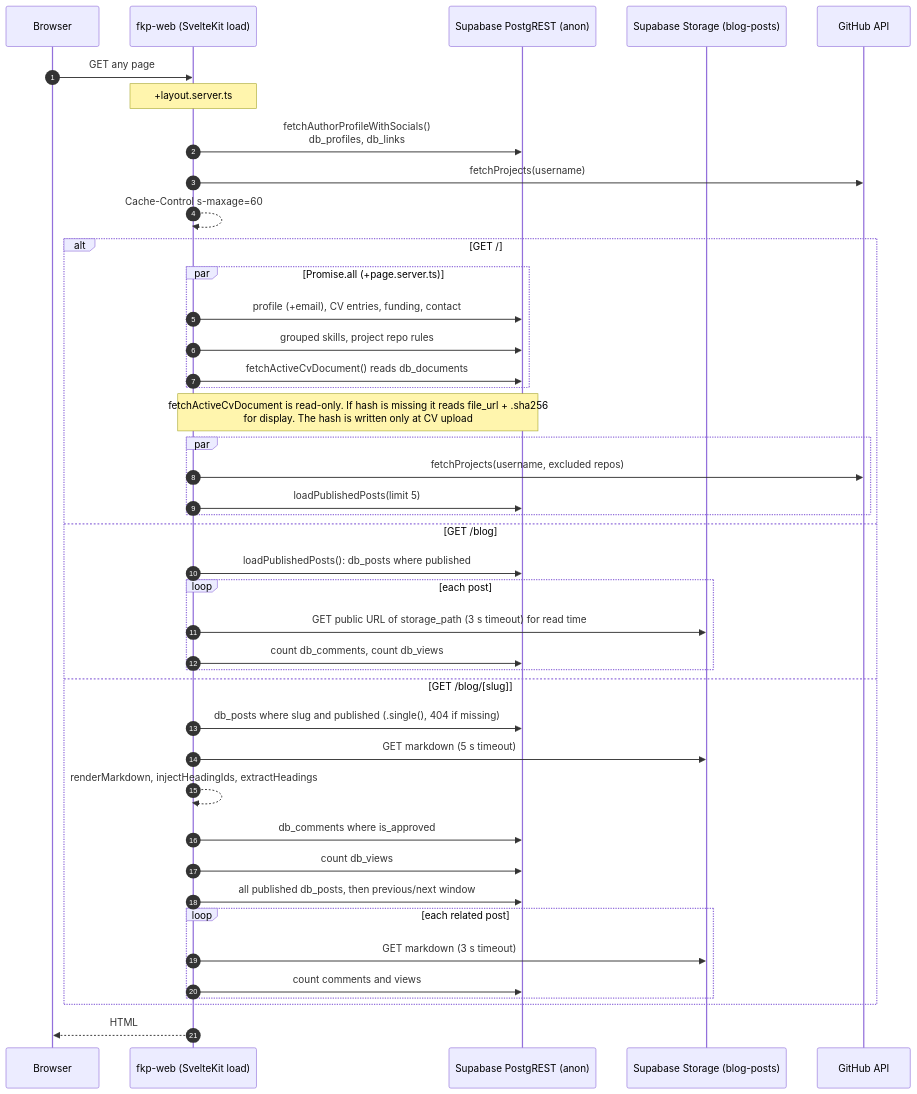
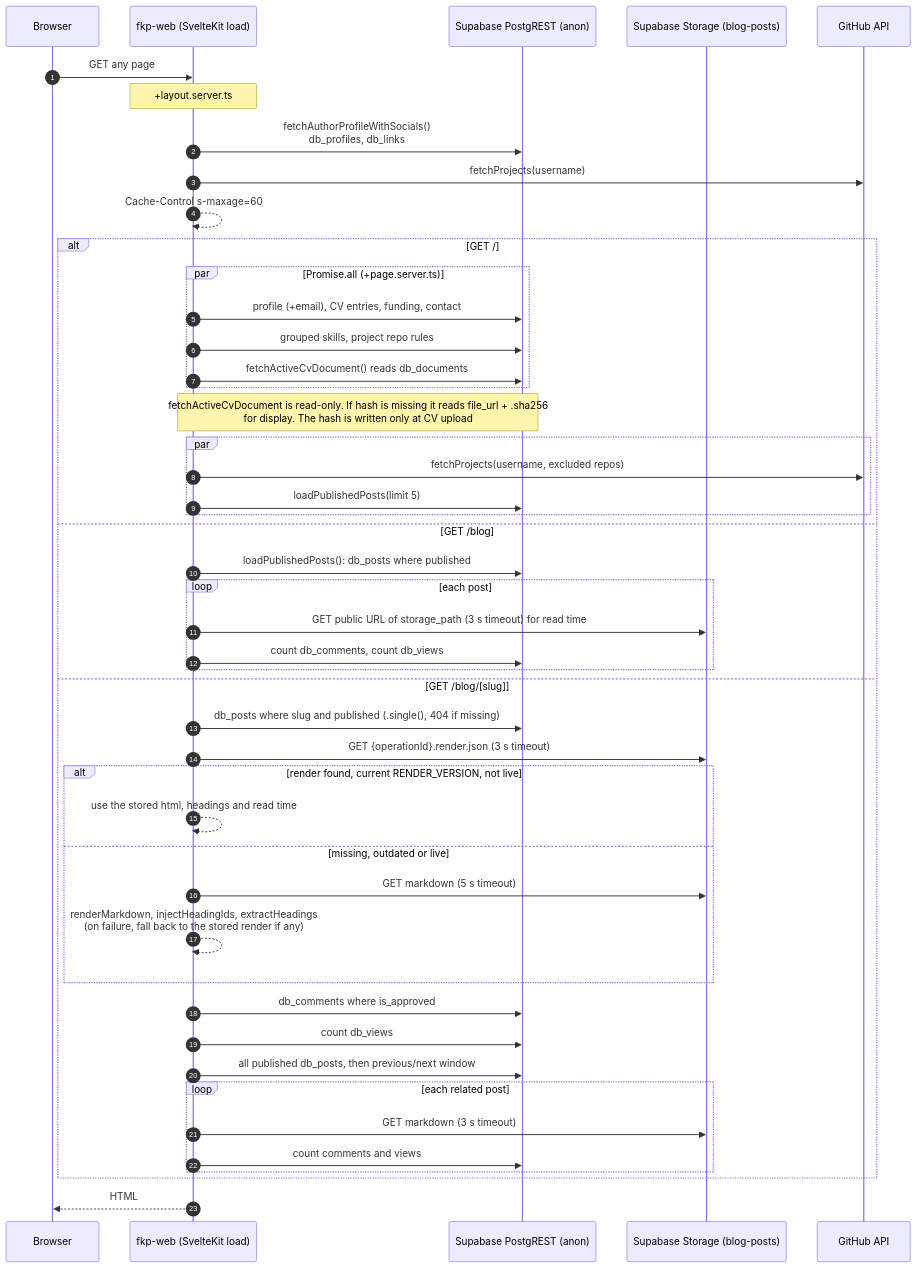
One commit to farhnkrnapratma/idstead changed the diagram in docs/001-architecture/003-page-render.md. Above: the diagram before and after it, drawn with Mermaid. The commit also changed other lines of this file and 20 other files, not shown here.

````diff
--- a/docs/001-architecture/003-page-render.md
+++ b/docs/001-architecture/003-page-render.md
@@ -5,46 +5,51 @@
 ```mermaid
 sequenceDiagram
     autonumber
     participant B as Browser
     participant W as fkp-web (SvelteKit load)
     participant DB as Supabase PostgREST (anon)
     participant ST as Supabase Storage (blog-posts)
     participant GH as GitHub API
 
     B->>W: GET any page
     Note over W: +layout.server.ts
     W->>DB: fetchAuthorProfileWithSocials()<br/>db_profiles, db_links
     W->>GH: fetchProjects(username)
     W-->>W: Cache-Control s-maxage=60
 
     alt GET /
         par Promise.all (+page.server.ts)
             W->>DB: profile (+email), CV entries, funding, contact
             W->>DB: grouped skills, project repo rules
             W->>DB: fetchActiveCvDocument() reads db_documents
         end
         Note over W,DB: fetchActiveCvDocument is read-only. If hash is missing it reads file_url + .sha256<br/>for display. The hash is written only at CV upload
         par
             W->>GH: fetchProjects(username, excluded repos)
             W->>DB: loadPublishedPosts(limit 5)
         end
     else GET /blog
         W->>DB: loadPublishedPosts(): db_posts where published
         loop each post
             W->>ST: GET public URL of storage_path (3 s timeout) for read time
             W->>DB: count db_comments, count db_views
         end
     else GET /blog/[slug]
         W->>DB: db_posts where slug and published (.single(), 404 if missing)
-        W->>ST: GET markdown (5 s timeout)
-        W-->>W: renderMarkdown, injectHeadingIds, extractHeadings
+        W->>ST: GET {operationId}.render.json (3 s timeout)
+        alt render found, current RENDER_VERSION, not live
+            W-->>W: use the stored html, headings and read time
+        else missing, outdated or live
+            W->>ST: GET markdown (5 s timeout)
+            W-->>W: renderMarkdown, injectHeadingIds, extractHeadings<br/>(on failure, fall back to the stored render if any)
+        end
         W->>DB: db_comments where is_approved
         W->>DB: count db_views
         W->>DB: all published db_posts, then previous/next window
         loop each related post
             W->>ST: GET markdown (3 s timeout)
             W->>DB: count comments and views
         end
     end
     W-->>B: HTML
 ```
````
